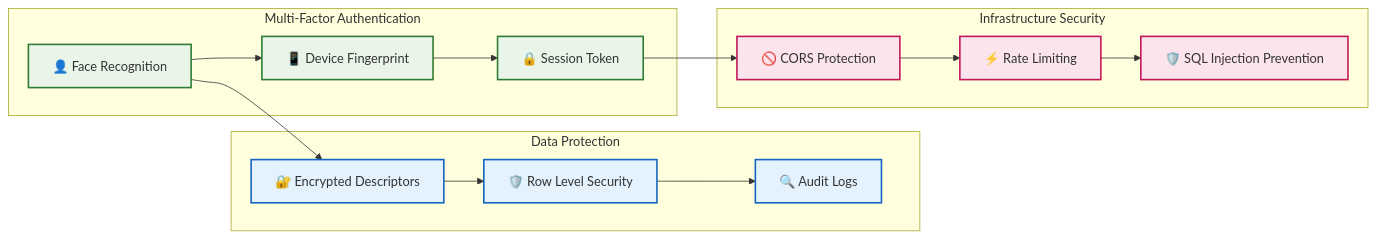
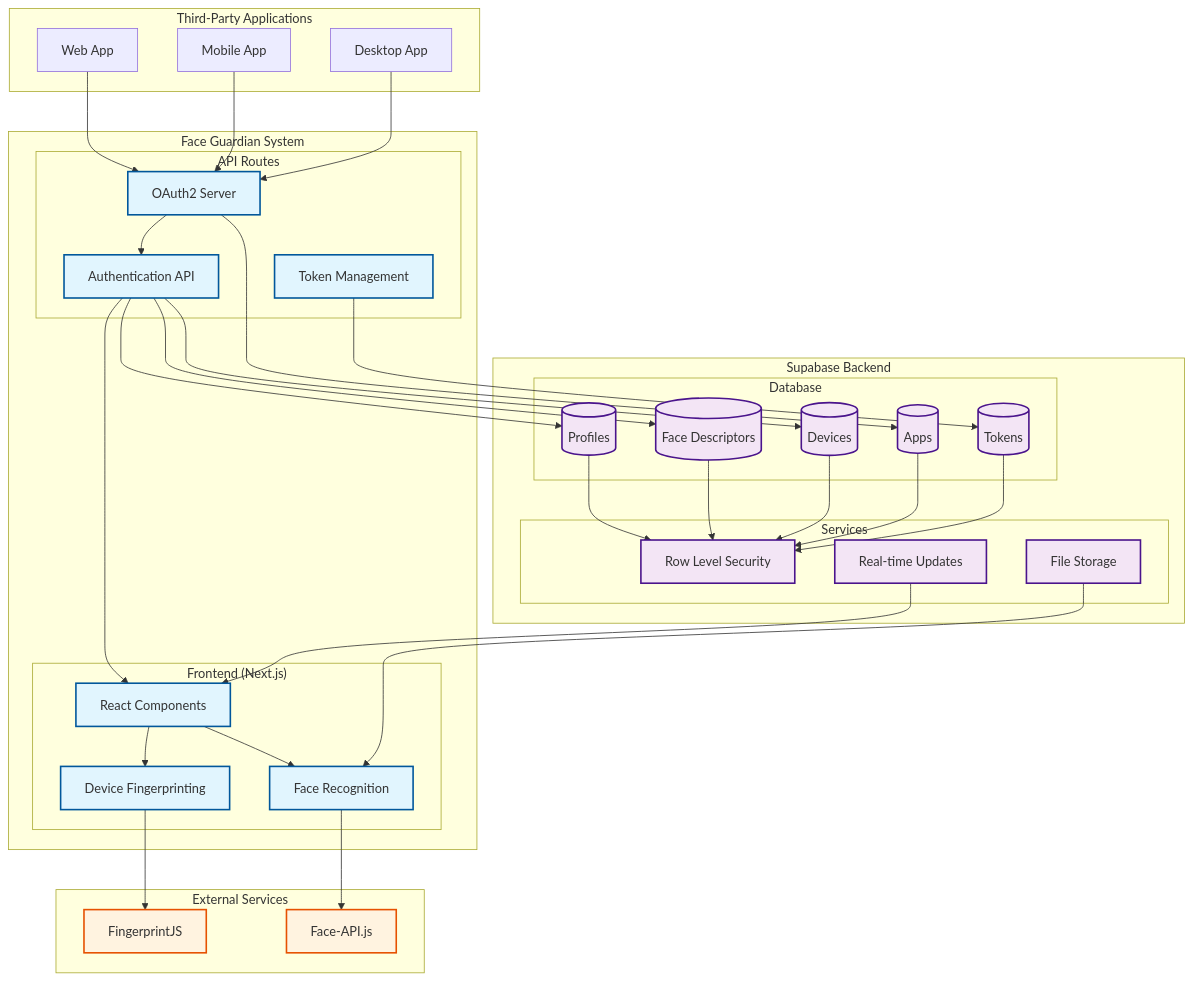
One commit to Cyvid7-Darus10/face-guardian changed the second of 2 diagrams in README.md. Above: the diagram before and after it, drawn with Mermaid. The commit also changed other lines of this file, not shown here.

````diff
--- a/README.md
+++ b/README.md
@@ -269,28 +40,77 @@
 ```mermaid
-graph LR
-    subgraph "Multi-Factor Authentication"
-        A[👤 Face Recognition] --> B[📱 Device Fingerprint]
-        B --> C[🔒 Session Token]
+graph TB
+    subgraph "Third-Party Applications"
+        APP1[Web App]
+        APP2[Mobile App]
+        APP3[Desktop App]
     end
-    
-    subgraph "Data Protection"
-        D[🔐 Encrypted Descriptors] --> E[🛡️ Row Level Security]
-        E --> F[🔍 Audit Logs]
+
+    subgraph "Face Guardian System"
+        subgraph "Frontend (Next.js)"
+            UI[React Components]
+            FACE[Face Recognition]
+            DEVICE[Device Fingerprinting]
+        end
+
+        subgraph "API Routes"
+            AUTH[Authentication API]
+            OAUTH[OAuth2 Server]
+            TOKEN[Token Management]
+        end
     end
-    
-    subgraph "Infrastructure Security"
-        G[🚫 CORS Protection] --> H[⚡ Rate Limiting]
-        H --> I[🛡️ SQL Injection Prevention]
+
+    subgraph "Supabase Backend"
+        subgraph "Database"
+            PROFILES[(Profiles)]
+            FACES[(Face Descriptors)]
+            DEVICES[(Devices)]
+            APPS[(Apps)]
+            TOKENS[(Tokens)]
+        end
+
+        subgraph "Services"
+            RLS[Row Level Security]
+            REALTIME[Real-time Updates]
+            STORAGE[File Storage]
+        end
     end
-    
-    A --> D
-    C --> G
-    
-    classDef auth fill:#e8f5e8,stroke:#2e7d32,stroke-width:2px
-    classDef data fill:#e3f2fd,stroke:#1565c0,stroke-width:2px
-    classDef infra fill:#fce4ec,stroke:#c2185b,stroke-width:2px
-    
-    class A,B,C auth
-    class D,E,F data
-    class G,H,I infra
+
+    subgraph "External Services"
+        FINGERPRINT[FingerprintJS]
+        FACEAPI[Face-API.js]
+    end
+
+    APP1 --> OAUTH
+    APP2 --> OAUTH
+    APP3 --> OAUTH
+
+    OAUTH --> AUTH
+    AUTH --> UI
+    UI --> FACE
+    FACE --> FACEAPI
+    UI --> DEVICE
+    DEVICE --> FINGERPRINT
+
+    AUTH --> PROFILES
+    AUTH --> FACES
+    AUTH --> DEVICES
+    TOKEN --> TOKENS
+    OAUTH --> APPS
+
+    PROFILES --> RLS
+    FACES --> RLS
+    DEVICES --> RLS
+    APPS --> RLS
+    TOKENS --> RLS
+
+    REALTIME --> UI
+    STORAGE --> FACE
+
+    classDef frontend fill:#e1f5fe,stroke:#01579b,stroke-width:2px
+    classDef backend fill:#f3e5f5,stroke:#4a148c,stroke-width:2px
+    classDef external fill:#fff3e0,stroke:#e65100,stroke-width:2px
+
+    class UI,FACE,DEVICE,AUTH,OAUTH,TOKEN frontend
+    class PROFILES,FACES,DEVICES,APPS,TOKENS,RLS,REALTIME,STORAGE backend
+    class FINGERPRINT,FACEAPI external
 ```
````
